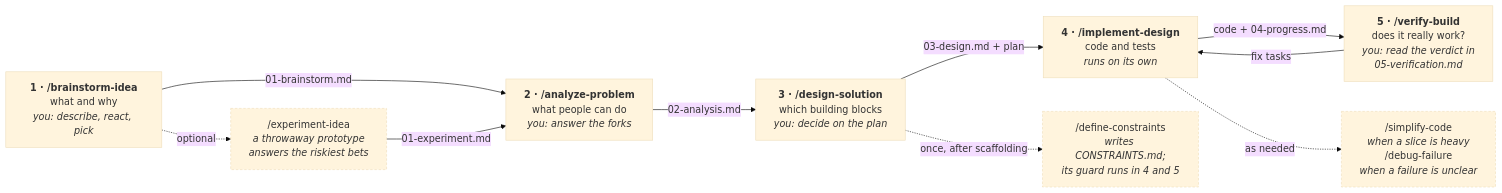
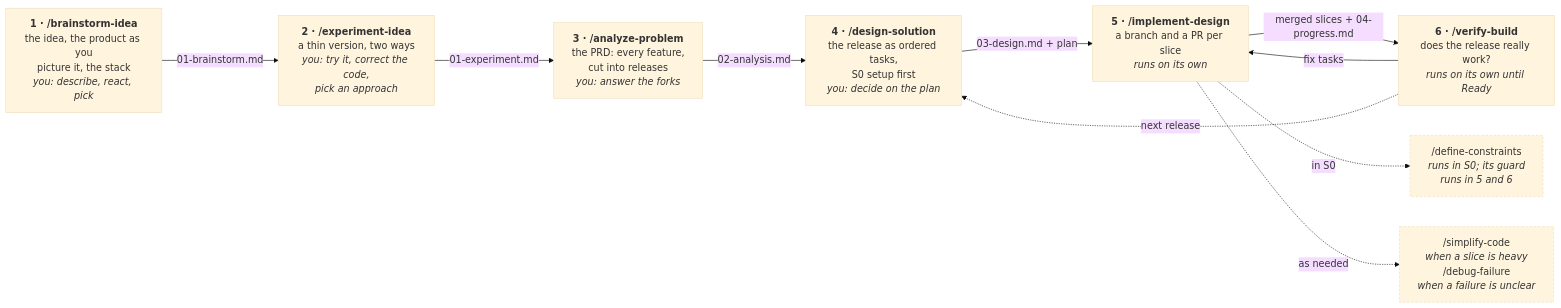
One commit to adrianhdezm/agent-skills changed the diagram in README.md. Above: the diagram before and after it, drawn with Mermaid (base theme). The commit also changed other lines of this file and 17 other files, not shown here.

First line of the commit message:
feat(dev-setup): ✨ Run idea to verified build as six phases, release by release

````diff
--- a/README.md
+++ b/README.md
@@ -62,26 +64,26 @@
 ```mermaid
 flowchart LR
-    B["<b>1 · /brainstorm-idea</b><br/>what and why<br/><i>you: describe, react, pick</i>"]
-    A["<b>2 · /analyze-problem</b><br/>what people can do<br/><i>you: answer the forks</i>"]
-    D["<b>3 · /design-solution</b><br/>which building blocks<br/><i>you: decide on the plan</i>"]
-    I["<b>4 · /implement-design</b><br/>code and tests<br/><i>runs on its own</i>"]
-    V["<b>5 · /verify-build</b><br/>does it really work?<br/><i>you: read the verdict in<br/>05-verification.md</i>"]
+    B["<b>1 · /brainstorm-idea</b><br/>the idea, the product as you<br/>picture it, the stack<br/><i>you: describe, react, pick</i>"]
+    EX["<b>2 · /experiment-idea</b><br/>a thin version, two ways<br/><i>you: try it, correct the code,<br/>pick an approach</i>"]
+    A["<b>3 · /analyze-problem</b><br/>the PRD: every feature,<br/>cut into releases<br/><i>you: answer the forks</i>"]
+    D["<b>4 · /design-solution</b><br/>the release as ordered tasks,<br/>S0 setup first<br/><i>you: decide on the plan</i>"]
+    I["<b>5 · /implement-design</b><br/>a branch and a PR per slice<br/><i>runs on its own</i>"]
+    V["<b>6 · /verify-build</b><br/>does the release really work?<br/><i>runs on its own until Ready</i>"]
 
-    B -- "01-brainstorm.md" --> A
-    B -. "optional" .-> EX
+    B -- "01-brainstorm.md" --> EX
     EX -- "01-experiment.md" --> A
     A -- "02-analysis.md" --> D
     D -- "03-design.md + plan" --> I
-    I -- "code + 04-progress.md" --> V
+    I -- "merged slices + 04-progress.md" --> V
     V -- "fix tasks" --> I
+    V -. "next release" .-> D
 
-    EX["/experiment-idea<br/><i>a throwaway prototype<br/>answers the riskiest bets</i>"]
-    DC["/define-constraints<br/><i>writes CONSTRAINTS.md;<br/>its guard runs in 4 and 5</i>"]
+    DC["/define-constraints<br/><i>runs in S0; its guard<br/>runs in 5 and 6</i>"]
     SD["/simplify-code<br/><i>when a slice is heavy</i><br/>/debug-failure<br/><i>when a failure is unclear</i>"]
 
-    D -. "once, after scaffolding" .-> DC
+    I -. "in S0" .-> DC
     I -. "as needed" .-> SD
 
     classDef support stroke-dasharray: 4 3
-    class EX,DC,SD support
+    class DC,SD support
 ```
````
